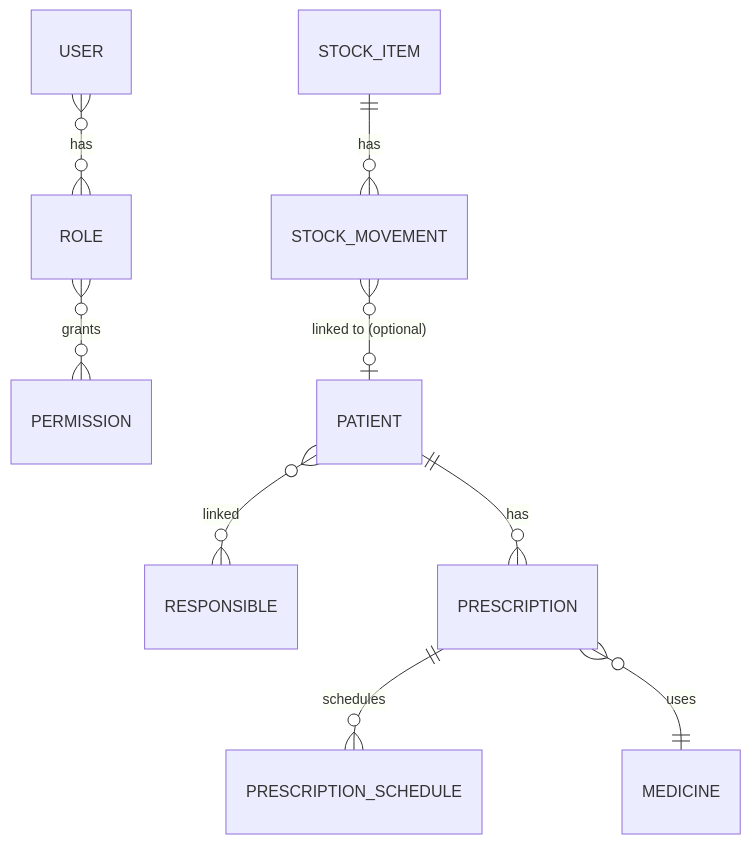
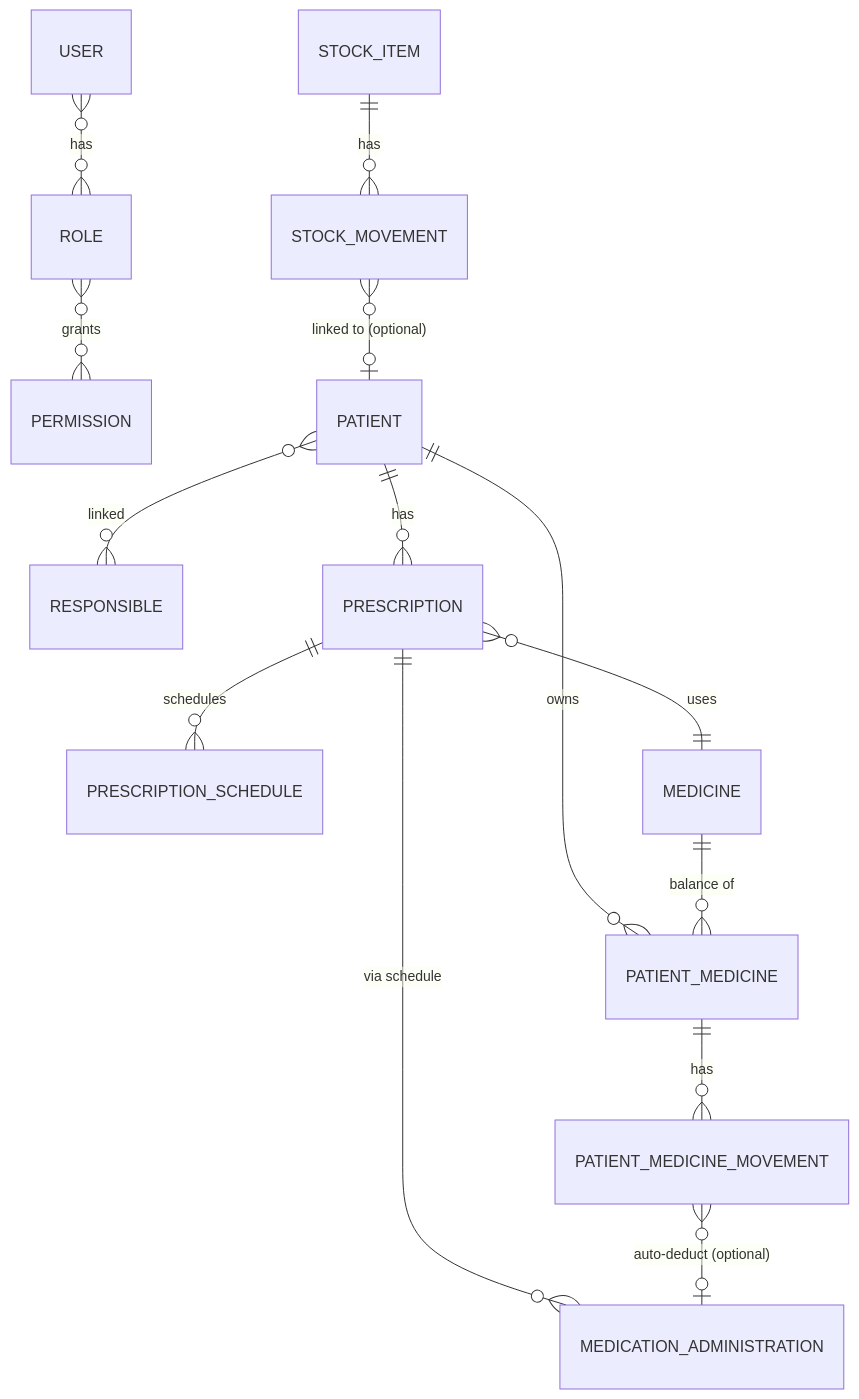
The second of 3 diagrams in ESPECIFICACOES.md (DevDanielAlvarez/Extension-API), drawn with Mermaid before and after one commit. The commit also changed other lines of this file, not shown here.

First line of the commit message:
docs: regenerate ESPECIFICACOES.md with PatientMedicine model

````diff
--- a/ESPECIFICACOES.md
+++ b/ESPECIFICACOES.md
@@ -81,11 +81,16 @@
 ```mermaid
 erDiagram
 USER }o--o{ ROLE : has
 ROLE }o--o{ PERMISSION : grants
 PATIENT }o--o{ RESPONSIBLE : linked
 PATIENT ||--o{ PRESCRIPTION : has
 PRESCRIPTION ||--o{ PRESCRIPTION_SCHEDULE : schedules
 PRESCRIPTION }o--|| MEDICINE : uses
+PRESCRIPTION ||--o{ MEDICATION_ADMINISTRATION : "via schedule"
 STOCK_ITEM ||--o{ STOCK_MOVEMENT : has
 STOCK_MOVEMENT }o--o| PATIENT : "linked to (optional)"
+PATIENT ||--o{ PATIENT_MEDICINE : owns
+MEDICINE ||--o{ PATIENT_MEDICINE : "balance of"
+PATIENT_MEDICINE ||--o{ PATIENT_MEDICINE_MOVEMENT : has
+PATIENT_MEDICINE_MOVEMENT }o--o| MEDICATION_ADMINISTRATION : "auto-deduct (optional)"
 ```
````
